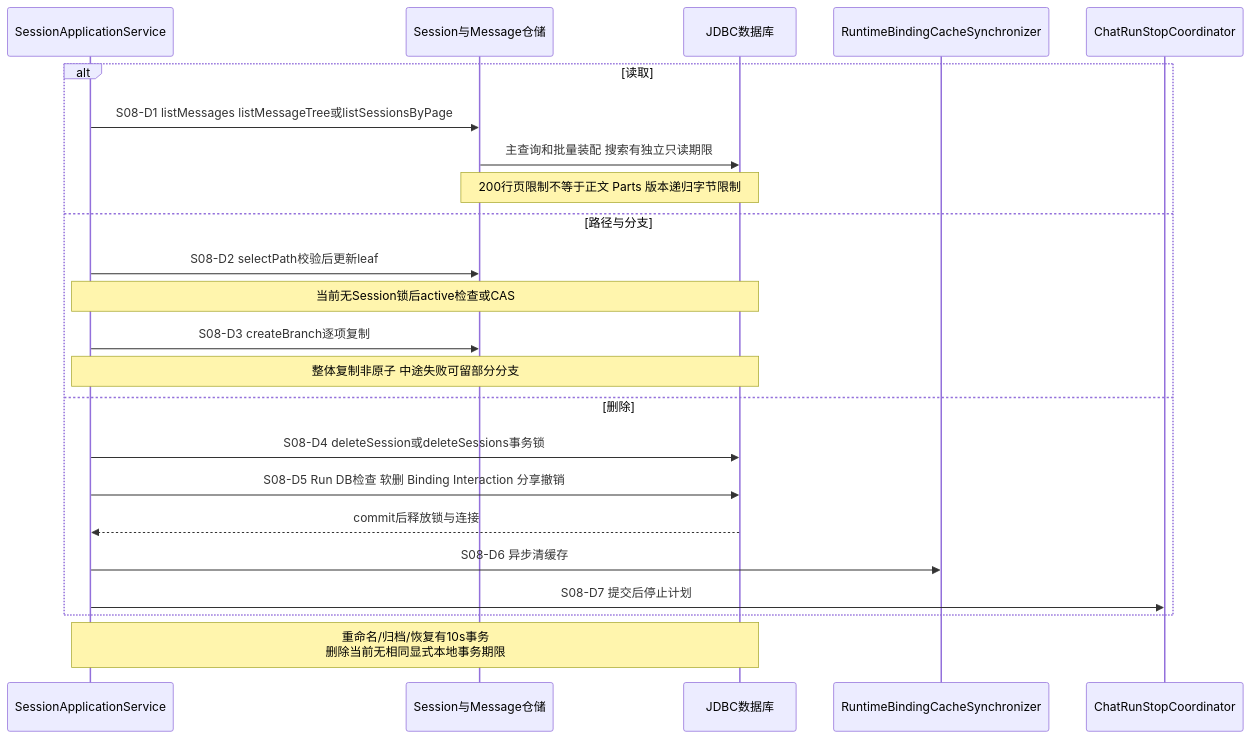
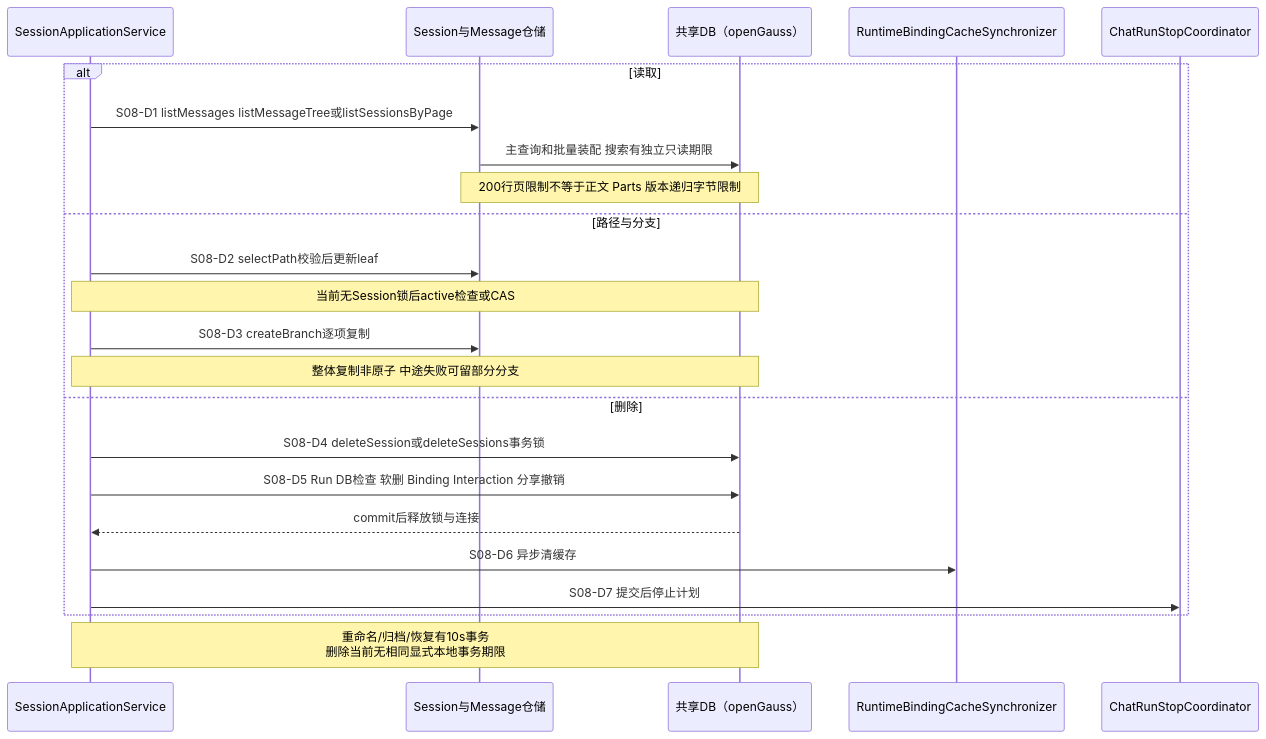
Diagram 16 of 24 in docs/architecture/high-availability/scenarios.md (kunben-duck/exweb), drawn with Mermaid before and after one commit. The commit also changed other lines of this file and 9 other files, not shown here.

````diff
--- a/docs/architecture/high-availability/scenarios.md
+++ b/docs/architecture/high-availability/scenarios.md
@@ -670,25 +779,25 @@
 ```mermaid
 sequenceDiagram
     participant S as SessionApplicationService
     participant REPO as Session与Message仓储
-    participant DB as JDBC数据库
+    participant DB as 共享DB（openGauss）
     participant CACHE as RuntimeBindingCacheSynchronizer
     participant STOP as ChatRunStopCoordinator
     alt 读取
         S->>REPO: S08-D1 listMessages listMessageTree或listSessionsByPage
         REPO->>DB: 主查询和批量装配 搜索有独立只读期限
         Note over REPO,DB: 200行页限制不等于正文 Parts 版本递归字节限制
     else 路径与分支
         S->>REPO: S08-D2 selectPath校验后更新leaf
         Note over S,DB: 当前无Session锁后active检查或CAS
         S->>REPO: S08-D3 createBranch逐项复制
         Note over S,DB: 整体复制非原子 中途失败可留部分分支
     else 删除
         S->>DB: S08-D4 deleteSession或deleteSessions事务锁
         S->>DB: S08-D5 Run DB检查 软删 Binding Interaction 分享撤销
         DB-->>S: commit后释放锁与连接
         S->>CACHE: S08-D6 异步清缓存
         S->>STOP: S08-D7 提交后停止计划
     end
     Note over S,DB: 重命名/归档/恢复有10s事务<br/>删除当前无相同显式本地事务期限
 ```
````
